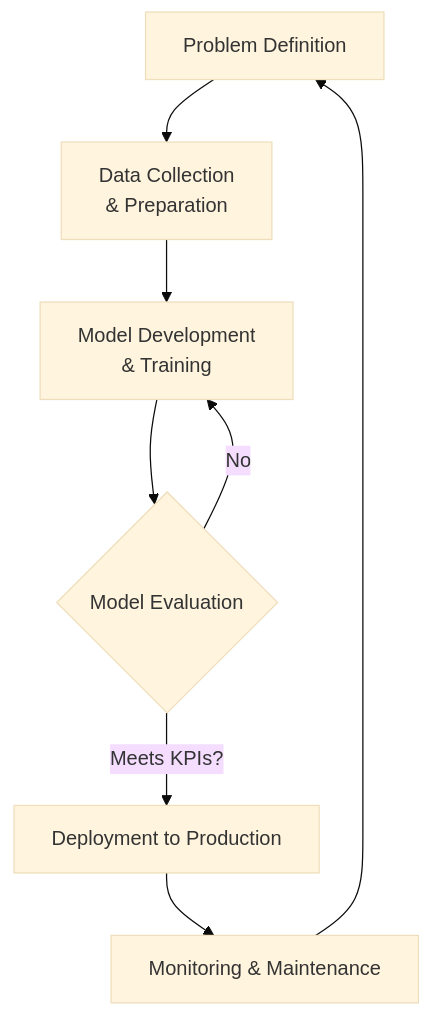
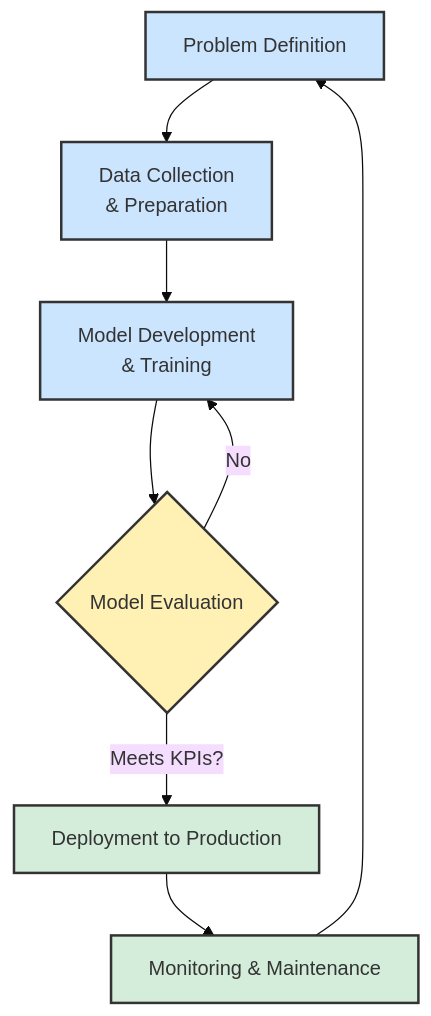
One commit to 89jobrien/examples changed the first of 5 diagrams in README.md. Above: the diagram before and after it, drawn with Mermaid (base theme). The commit also changed other lines of this file, not shown here.

````diff
--- a/README.md
+++ b/README.md
@@ -7,10 +9,17 @@
 ```mermaid
 graph TD
     A[Problem Definition] --> B[Data Collection<br>& Preparation]
     B --> C[Model Development<br>& Training]
     C --> D{Model Evaluation}
     D -- Meets KPIs? --> E[Deployment to Production]
     D -- No --> C
     E --> F[Monitoring & Maintenance]
     F --> A
+
+    style A fill:#cce5ff,stroke:#333,stroke-width:2px
+    style B fill:#cce5ff,stroke:#333,stroke-width:2px
+    style C fill:#cce5ff,stroke:#333,stroke-width:2px
+    style D fill:#fff0b3,stroke:#333,stroke-width:2px
+    style E fill:#d4edda,stroke:#333,stroke-width:2px
+    style F fill:#d4edda,stroke:#333,stroke-width:2px
 ```
````
